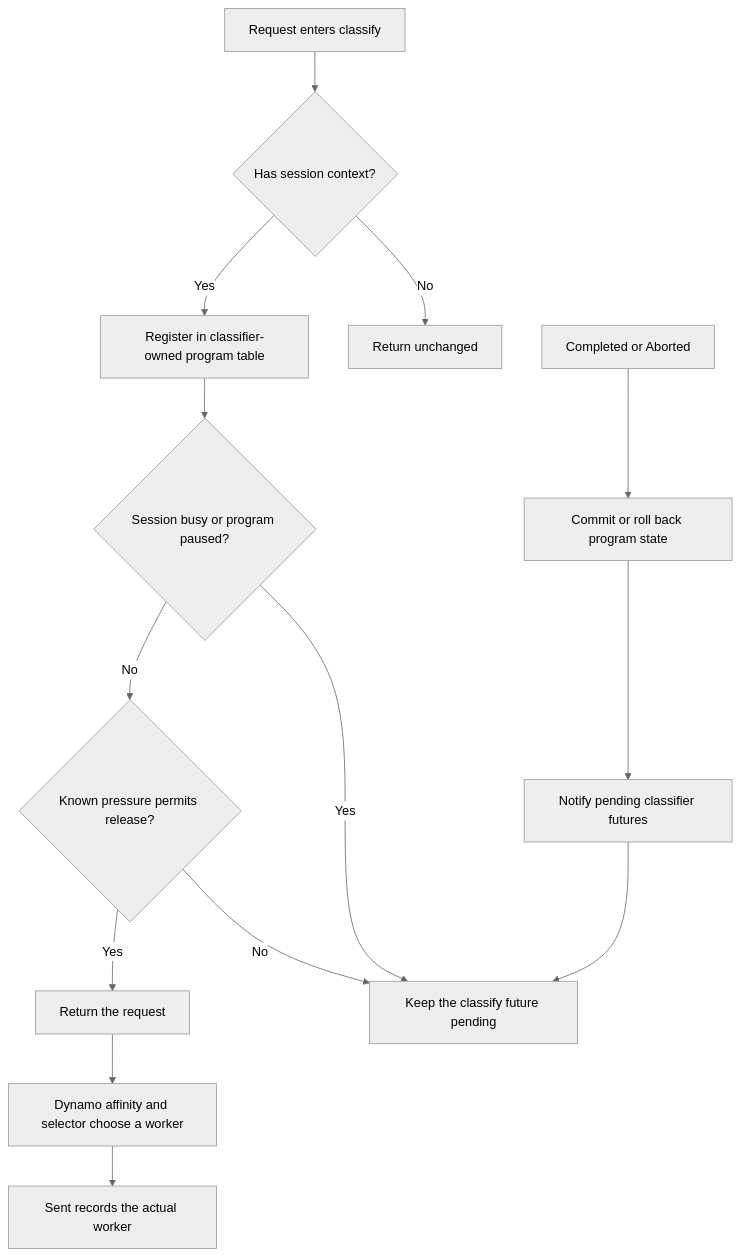
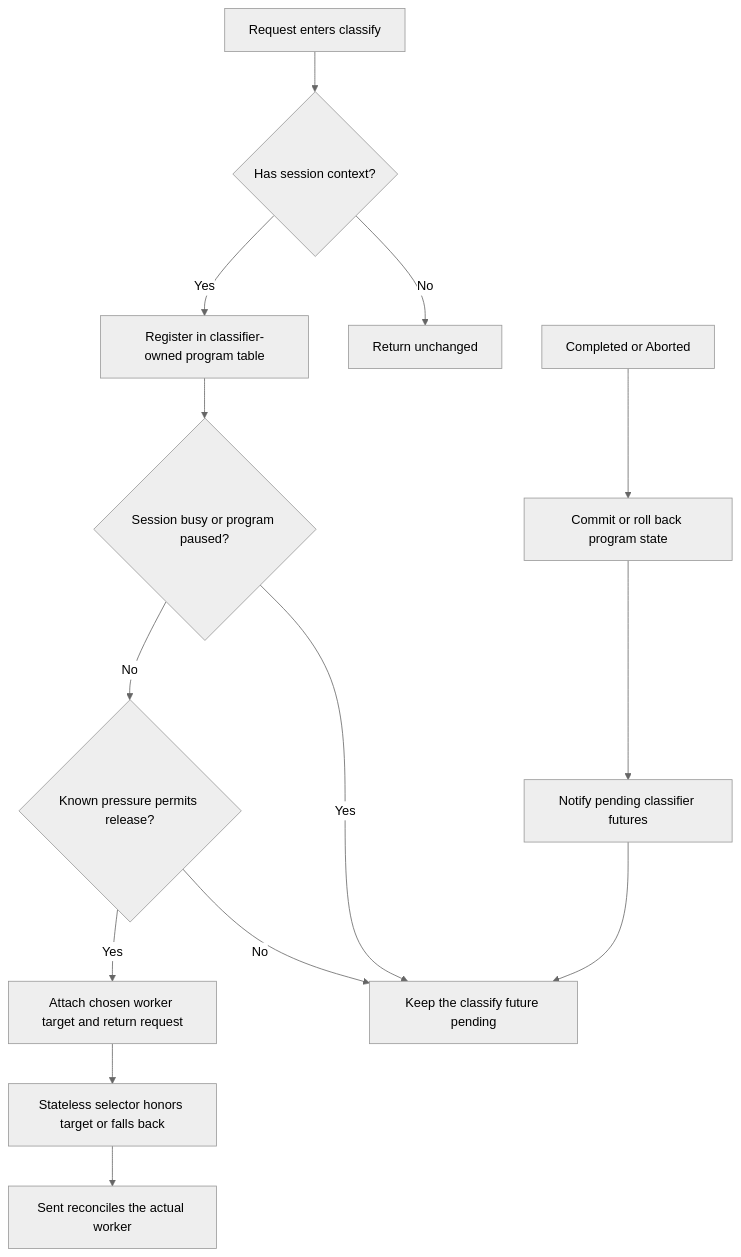
The diagram in crates/thunderagent/README.md (ishandhanani/router-sandbox), drawn with Mermaid (neutral theme) before and after one commit. The commit also changed other lines of this file and 6 other files, not shown here.

````diff
--- a/crates/thunderagent/README.md
+++ b/crates/thunderagent/README.md
@@ -15,16 +17,16 @@
 ```mermaid
 flowchart TD
     A["Request enters classify"] --> B{"Has session context?"}
     B -- "No" --> C["Return unchanged"]
     B -- "Yes" --> D["Register in classifier-owned program table"]
     D --> E{"Session busy or program paused?"}
     E -- "Yes" --> F["Keep the classify future pending"]
     E -- "No" --> G{"Known pressure permits release?"}
     G -- "No" --> F
-    G -- "Yes" --> H["Return the request"]
-    H --> I["Dynamo affinity and selector choose a worker"]
-    I --> J["Sent records the actual worker"]
+    G -- "Yes" --> H["Attach chosen worker target and return request"]
+    H --> I["Stateless selector honors target or falls back"]
+    I --> J["Sent reconciles the actual worker"]
     K["Completed or Aborted"] --> L["Commit or roll back program state"]
     L --> M["Notify pending classifier futures"]
     M --> F
 ```
````
